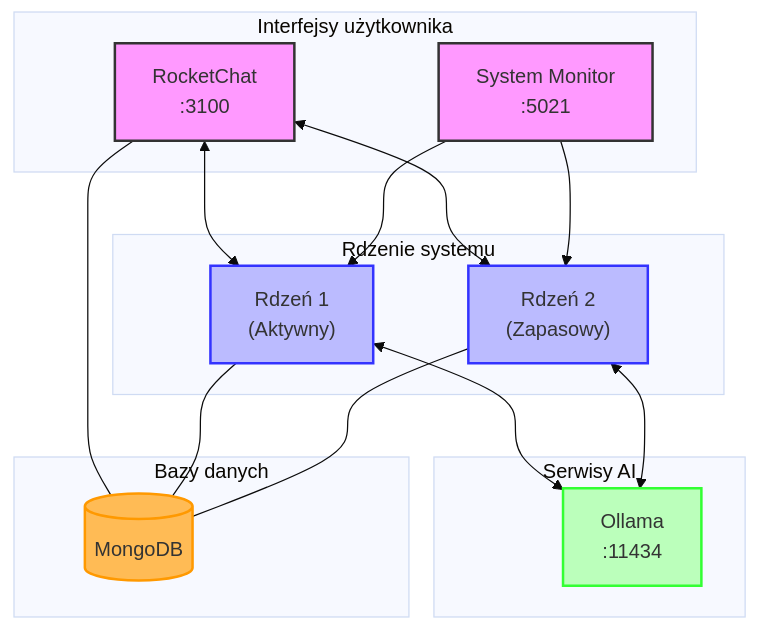
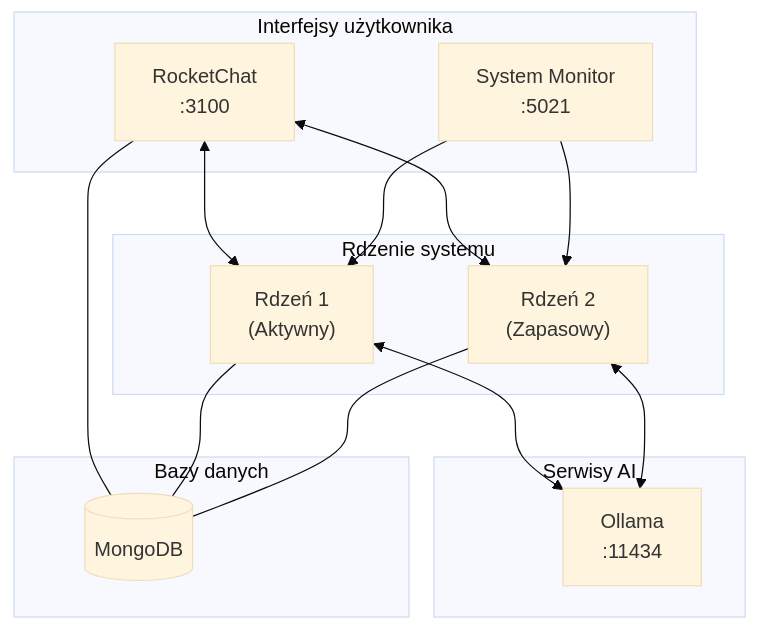
One commit to tom-sapletta-com/autodev changed the first of 5 diagrams in heyken/README.md. Above: the diagram before and after it, drawn with Mermaid (base theme). The commit also changed other lines of this file, not shown here.

````diff
--- a/heyken/README.md
+++ b/heyken/README.md
@@ -155,35 +155,30 @@
 ```mermaid
 flowchart TB
     subgraph "Interfejsy użytkownika"
         RC[RocketChat\n:3100]:::uiNode
         WM[System Monitor\n:5021]:::uiNode
     end
     
     subgraph "Rdzenie systemu"
         C1["Rdzeń 1\n(Aktywny)"]:::coreNode
         C2["Rdzeń 2\n(Zapasowy)"]:::coreNode
     end
     
     subgraph "Serwisy AI"
         OL[Ollama\n:11434]:::aiNode
     end
     
     subgraph "Bazy danych"
         MDB[(MongoDB)]:::dbNode
     end
     
     RC <--> C1
     RC <--> C2
     C1 <--> OL
     C2 <--> OL
     RC --- MDB
     C1 --- MDB
     C2 --- MDB
     WM --> C1
     WM --> C2
-    
-    classDef uiNode fill:#f9f,stroke:#333,stroke-width:2px
-    classDef coreNode fill:#bbf,stroke:#33f,stroke-width:2px
-    classDef aiNode fill:#bfb,stroke:#3f3,stroke-width:2px
-    classDef dbNode fill:#fb5,stroke:#f90,stroke-width:2px
 ```
````
